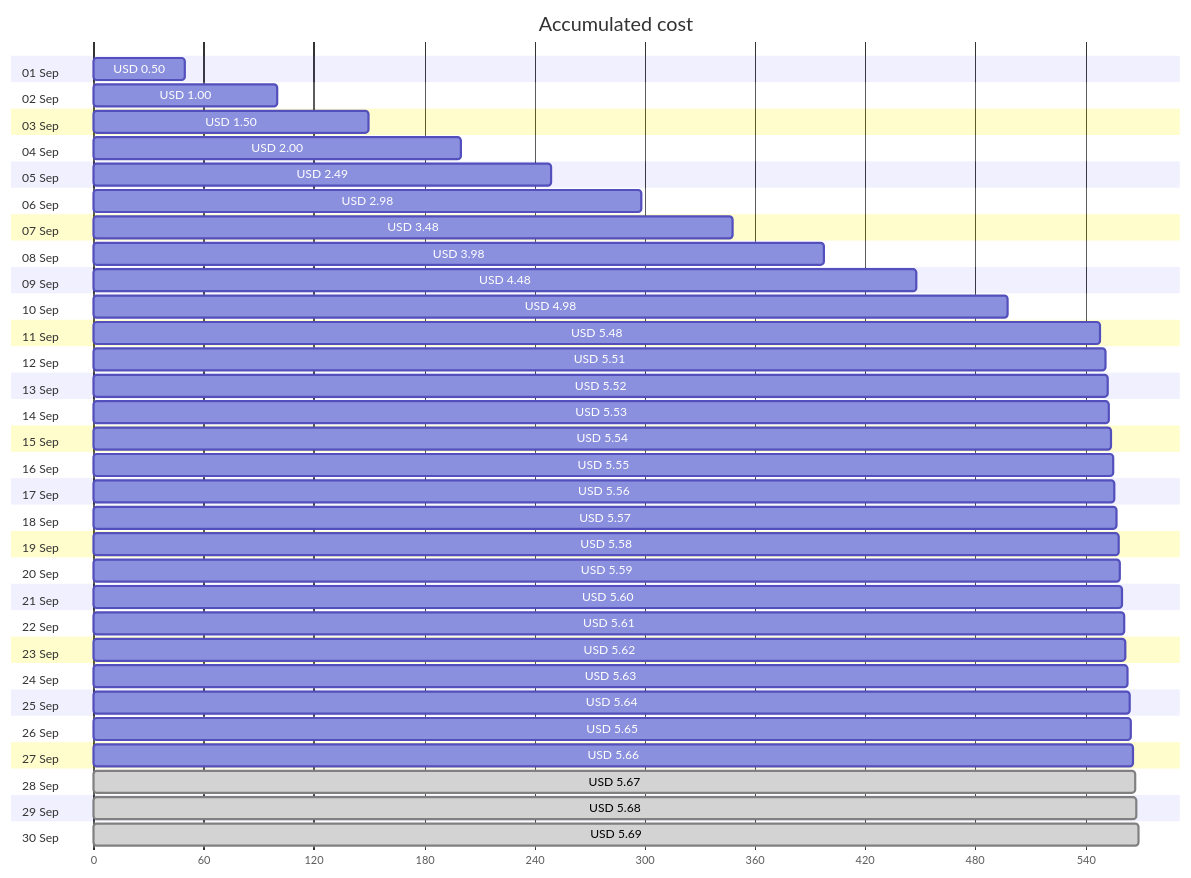
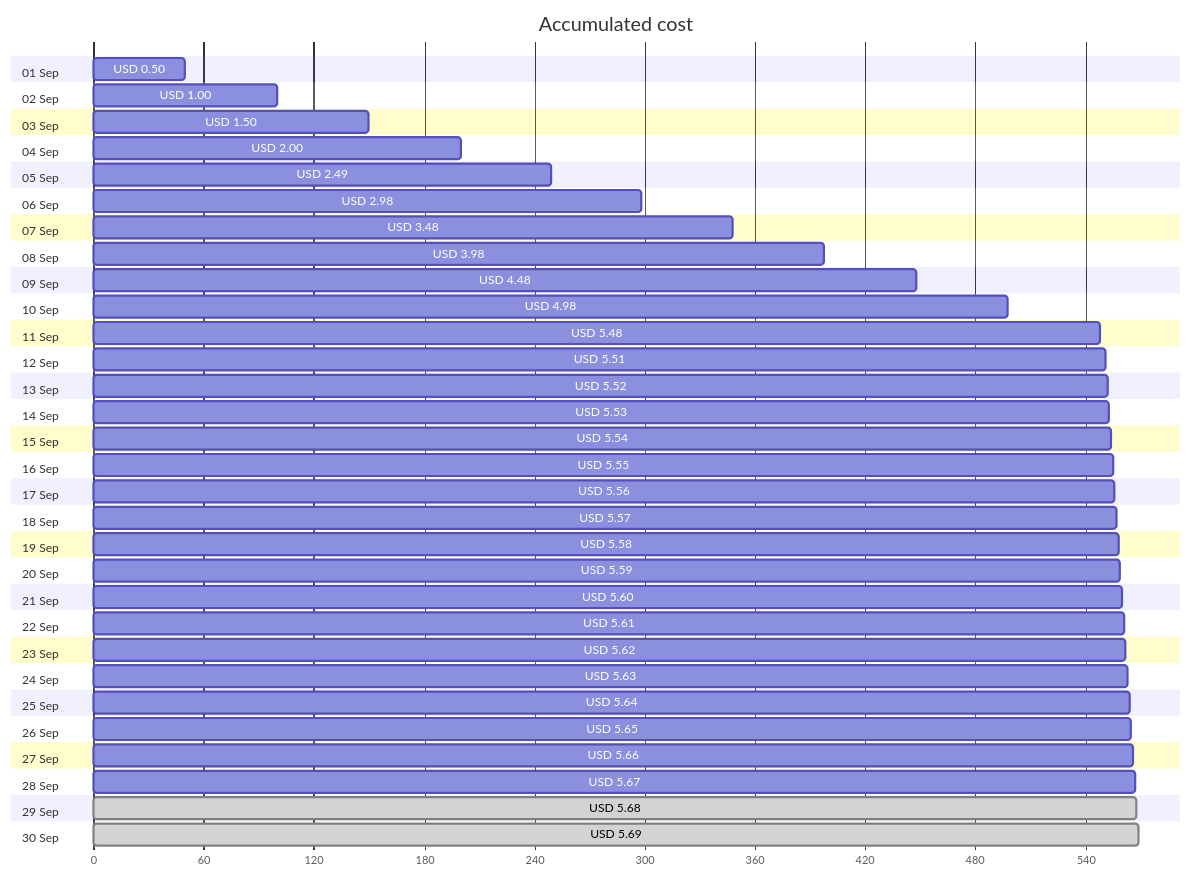
The first of 4 diagrams in cost-reports/cloud-shell-storage-eastus/README.md (jpfulton/azure-personal-reports), drawn with Mermaid before and after one commit. The commit also changed other lines of this file and 1 other file, not shown here.

````diff
--- a/cost-reports/cloud-shell-storage-eastus/README.md
+++ b/cost-reports/cloud-shell-storage-eastus/README.md
@@ -20,66 +20,66 @@
 ```mermaid
 gantt
    title Accumulated cost
    dateFormat  X
    axisFormat %s
    section 01 Sep
    USD 0.50 :0, 50
    section 02 Sep
    USD 1.00 :0, 100
    section 03 Sep
    USD 1.50 :0, 150
    section 04 Sep
    USD 2.00 :0, 200
    section 05 Sep
    USD 2.49 :0, 249
    section 06 Sep
    USD 2.98 :0, 298
    section 07 Sep
    USD 3.48 :0, 348
    section 08 Sep
    USD 3.98 :0, 398
    section 09 Sep
    USD 4.48 :0, 448
    section 10 Sep
    USD 4.98 :0, 498
    section 11 Sep
    USD 5.48 :0, 548
    section 12 Sep
    USD 5.51 :0, 551
    section 13 Sep
    USD 5.52 :0, 552
    section 14 Sep
    USD 5.53 :0, 553
    section 15 Sep
    USD 5.54 :0, 554
    section 16 Sep
    USD 5.55 :0, 555
    section 17 Sep
    USD 5.56 :0, 556
    section 18 Sep
    USD 5.57 :0, 557
    section 19 Sep
    USD 5.58 :0, 558
    section 20 Sep
    USD 5.59 :0, 559
    section 21 Sep
    USD 5.60 :0, 560
    section 22 Sep
    USD 5.61 :0, 561
    section 23 Sep
    USD 5.62 :0, 562
    section 24 Sep
    USD 5.63 :0, 563
    section 25 Sep
    USD 5.64 :0, 564
    section 26 Sep
    USD 5.65 :0, 565
    section 27 Sep
    USD 5.66 :0, 566
    section 28 Sep
-   USD 5.67 : done, 0, 567
+   USD 5.67 :0, 567
    section 29 Sep
    USD 5.68 : done, 0, 568
    section 30 Sep
    USD 5.69 : done, 0, 569
 ```
````
